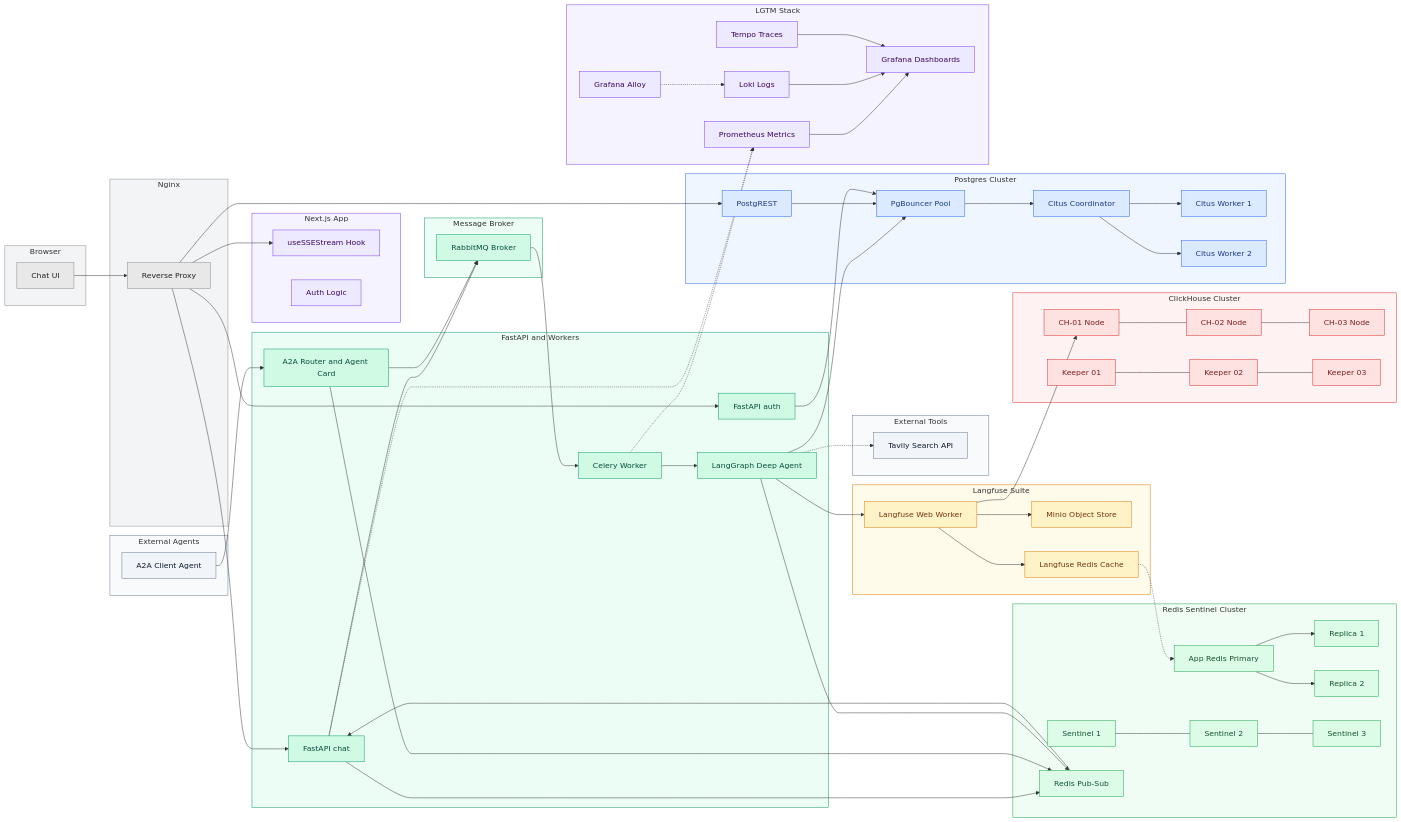
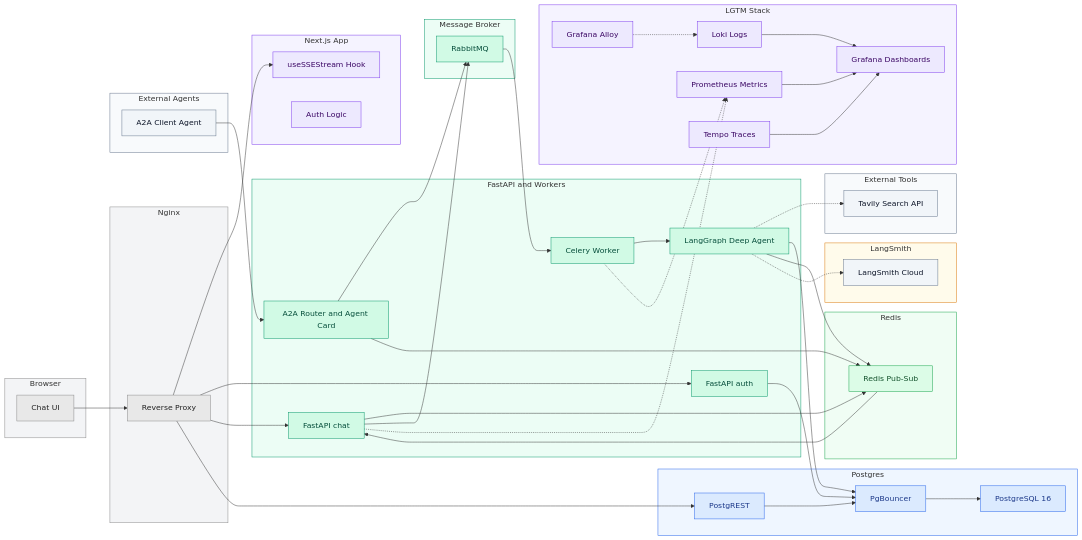
Before and after one commit to tituslhy/fictional-bassoon: the first of 2 diagrams in README.md, drawn with Mermaid. The commit also changed other lines of this file and 44 other files, not shown here.

````diff
--- a/README.md
+++ b/README.md
@@ -24,7 +24,6 @@
     classDef postgres fill:#dbeafe,stroke:#2563eb,color:#1e3a8a
     classDef redis fill:#dcfce7,stroke:#16a34a,color:#14532d
     classDef observability fill:#fef3c7,stroke:#d97706,color:#78350f
-    classDef clickhouse fill:#fee2e2,stroke:#dc2626,color:#7f1d1d
     classDef monitoring fill:#ede9fe,stroke:#7c3aed,color:#3b0764
     classDef external fill:#f1f5f9,stroke:#64748b,color:#0f172a
 
@@ -54,41 +53,22 @@
         Tavily[Tavily Search API]
     end
 
-    subgraph Observability [Langfuse Suite]
-        Langfuse[Langfuse Web Worker]
-        Minio[Minio Object Store]
-        LangfuseRedis[Langfuse Redis Cache]
-    end
-
-    subgraph ClickhouseCluster [ClickHouse Cluster]
-        CH01[CH-01 Node]
-        CH02[CH-02 Node]
-        CH03[CH-03 Node]
-        CKP1[Keeper 01]
-        CKP2[Keeper 02]
-        CKP3[Keeper 03]
+    subgraph Observability [LangSmith]
+        LangSmith[LangSmith Cloud]
     end
 
     subgraph BrokerBox [Message Broker]
-        Broker[RabbitMQ Broker]
+        Broker[RabbitMQ]
     end
 
-    subgraph RedisCluster [Redis Sentinel Cluster]
-        RedisPrimary[App Redis Primary]
-        RedisR1[Replica 1]
-        RedisR2[Replica 2]
-        Sentinel1[Sentinel 1]
-        Sentinel2[Sentinel 2]
-        Sentinel3[Sentinel 3]
+    subgraph RedisBox [Redis]
         PubSub[Redis Pub-Sub]
     end
 
-    subgraph PostgresCluster [Postgres Cluster]
-        PgB[PgBouncer Pool]
+    subgraph PostgresBox [Postgres]
+        PgB[PgBouncer]
         PGRST[PostgREST]
-        CitusC[Citus Coordinator]
-        CW1[Citus Worker 1]
-        CW2[Citus Worker 2]
+        PG[PostgreSQL 16]
     end
 
     subgraph Monitoring [LGTM Stack]
@@ -115,24 +95,10 @@
     Agent --> PgB
     PGRST --> PgB
     AuthAPI --> PgB
-    PgB --> CitusC
-    CitusC --> CW1
-    CitusC --> CW2
+    PgB --> PG
     Agent --> PubSub
     PubSub --> API
-    Agent --> Langfuse
-    Langfuse --> Minio
-    Langfuse --> CH01
-    CH01 --- CH02
-    CH02 --- CH03
-    CKP1 --- CKP2
-    CKP2 --- CKP3
-    Langfuse --> LangfuseRedis
-    LangfuseRedis -.-> RedisPrimary
-    RedisPrimary --> RedisR1
-    RedisPrimary --> RedisR2
-    Sentinel1 --- Sentinel2
-    Sentinel2 --- Sentinel3
+    Agent -.-> LangSmith
     Worker -.-> Prom
     API -.-> Prom
     Alloy -.-> Loki
@@ -142,14 +108,11 @@
 
     class UI,NG browser
     class SSE,Auth frontend
-    class API,AuthAPI,A2A,Worker,Agent backend
-    class A2AClient,Tavily external
-    class PgB,PGRST,CitusC,CW1,CW2 postgres
-    class RedisPrimary,RedisR1,RedisR2,Sentinel1,Sentinel2,Sentinel3,PubSub redis
-    class Langfuse,Minio,LangfuseRedis observability
-    class CH01,CH02,CH03,CKP1,CKP2,CKP3 clickhouse
+    class API,AuthAPI,A2A,Worker,Agent,Broker backend
+    class A2AClient,Tavily,LangSmith external
+    class PgB,PGRST,PG postgres
+    class PubSub redis
     class Alloy,Loki,Prom,Tempo,Grafana monitoring
-    class Broker backend
 
     style Client fill:#f3f4f6,stroke:#888
     style Peers fill:#f8fafc,stroke:#64748b
@@ -158,9 +121,8 @@
     style Backend fill:#ecfdf5,stroke:#059669
     style Tools fill:#f8fafc,stroke:#64748b
     style BrokerBox fill:#ecfdf5,stroke:#059669
-    style RedisCluster fill:#f0fdf4,stroke:#16a34a
-    style PostgresCluster fill:#eff6ff,stroke:#2563eb
+    style RedisBox fill:#f0fdf4,stroke:#16a34a
+    style PostgresBox fill:#eff6ff,stroke:#2563eb
     style Observability fill:#fffbeb,stroke:#d97706
-    style ClickhouseCluster fill:#fef2f2,stroke:#dc2626
     style Monitoring fill:#f5f3ff,stroke:#7c3aed
 ```
````
